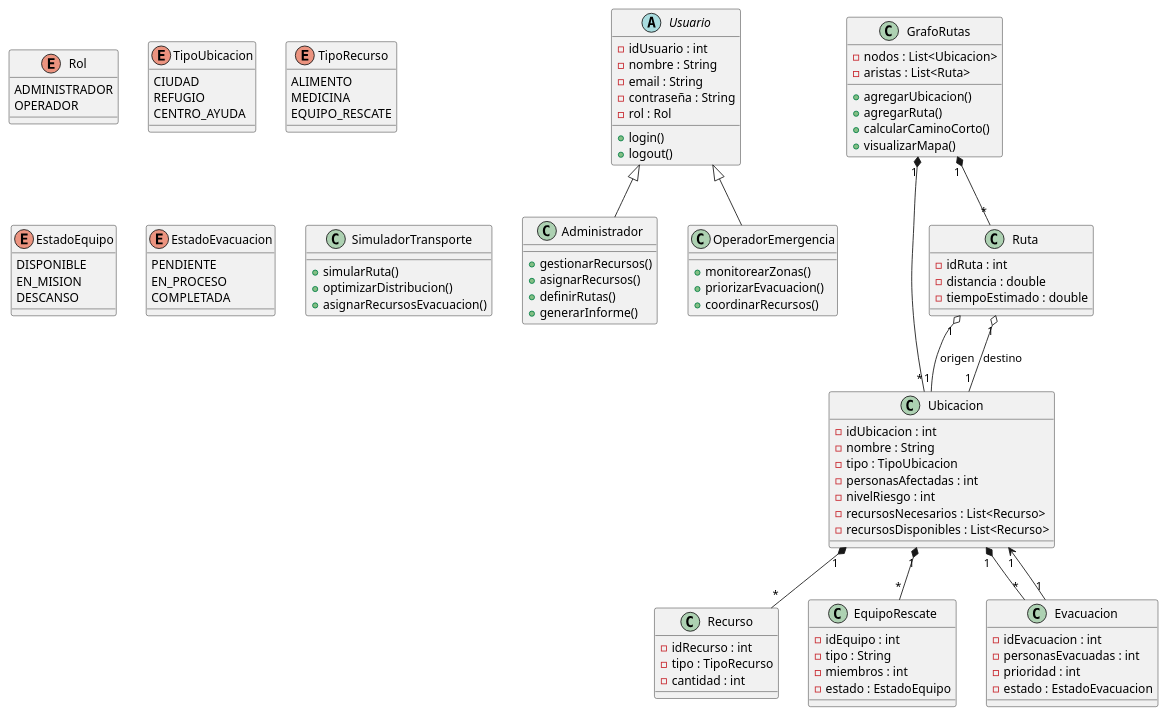
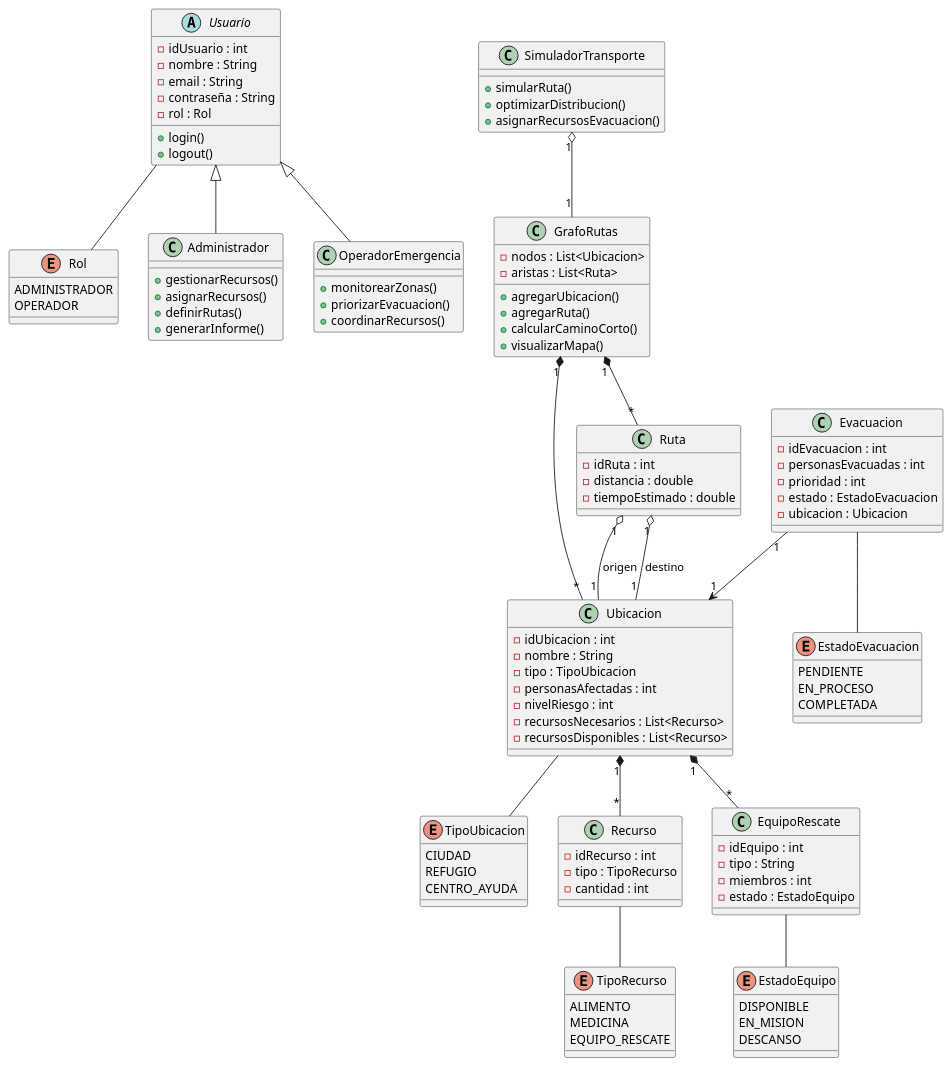
The diagram in backend/src/main/java/co/proyecto/uml/uml.wsd (ING69COOLER/proyecto_estrucutra_datos), drawn with PlantUML before and after one commit. The commit also changed 16 other files, not shown here.

```diff
--- a/backend/src/main/java/co/proyecto/uml/uml.wsd
+++ b/backend/src/main/java/co/proyecto/uml/uml.wsd
@@ -1,128 +1,136 @@
 @startuml
 ' ========================
 ' Enumeraciones
 ' ========================
 enum Rol {
   ADMINISTRADOR
   OPERADOR
 }
 
 enum TipoUbicacion {
   CIUDAD
   REFUGIO
   CENTRO_AYUDA
 }
 
 enum TipoRecurso {
   ALIMENTO
   MEDICINA
   EQUIPO_RESCATE
 }
 
 enum EstadoEquipo {
   DISPONIBLE
   EN_MISION
   DESCANSO
 }
 
 enum EstadoEvacuacion {
   PENDIENTE
   EN_PROCESO
   COMPLETADA
 }
 
 ' ========================
 ' Clases principales
 ' ========================
 abstract class Usuario {
   - idUsuario : int
   - nombre : String
   - email : String
   - contraseña : String
   - rol : Rol
   + login()
   + logout()
 }
 
 class Administrador {
   + gestionarRecursos()
   + asignarRecursos()
   + definirRutas()
   + generarInforme()
 }
 
 class OperadorEmergencia {
   + monitorearZonas()
   + priorizarEvacuacion()
   + coordinarRecursos()
 }
 
 class Ubicacion {
   - idUbicacion : int
   - nombre : String
   - tipo : TipoUbicacion
   - personasAfectadas : int
   - nivelRiesgo : int
   - recursosNecesarios : List<Recurso>
   - recursosDisponibles : List<Recurso>
 }
 
 class Recurso {
   - idRecurso : int
   - tipo : TipoRecurso
   - cantidad : int
 }
 
 class EquipoRescate {
   - idEquipo : int
   - tipo : String
   - miembros : int
   - estado : EstadoEquipo
 }
 
 class Ruta {
   - idRuta : int
   - distancia : double
   - tiempoEstimado : double
 }
 
 class GrafoRutas {
   - nodos : List<Ubicacion>
   - aristas : List<Ruta>
   + agregarUbicacion()
   + agregarRuta()
   + calcularCaminoCorto()
   + visualizarMapa()
 }
 
 class Evacuacion {
   - idEvacuacion : int
   - personasEvacuadas : int
   - prioridad : int
   - estado : EstadoEvacuacion
+  - ubicacion : Ubicacion
 }
 
 class SimuladorTransporte {
   + simularRuta()
   + optimizarDistribucion()
   + asignarRecursosEvacuacion()
 }
 
 ' ========================
 ' Relaciones
 ' ========================
 Usuario <|-- Administrador
 Usuario <|-- OperadorEmergencia
 
 Ubicacion "1" *-- "*" Recurso
 Ubicacion "1" *-- "*" EquipoRescate
-Ubicacion "1" *-- "*" Evacuacion
+Ubicacion -- TipoUbicacion
 
 Ruta "1" o-- "1" Ubicacion : origen
 Ruta "1" o-- "1" Ubicacion : destino
 
 GrafoRutas "1" *-- "*" Ubicacion
 GrafoRutas "1" *-- "*" Ruta
 Evacuacion "1" --> "1" Ubicacion
 
+Recurso -- TipoRecurso
+EquipoRescate -- EstadoEquipo
+Evacuacion -- EstadoEvacuacion
+Usuario -- Rol
+SimuladorTransporte "1" o-- "1" GrafoRutas
+
+
 @enduml
```
